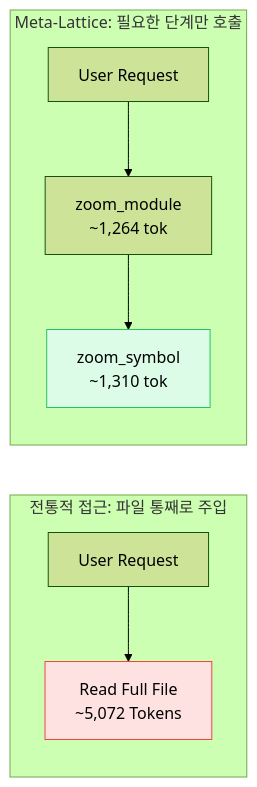
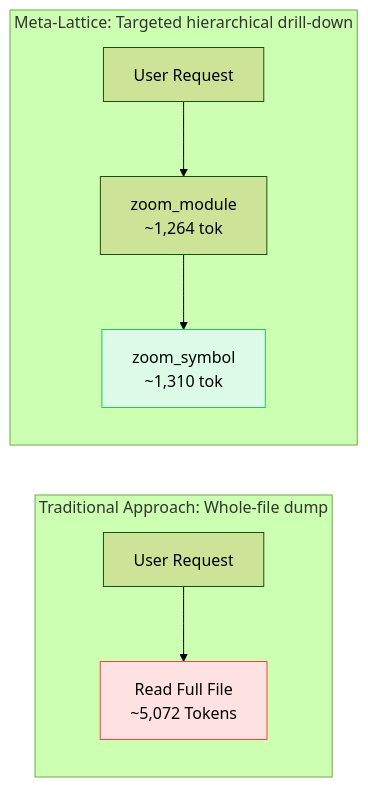
One commit to sleekhan/meta-lattice changed the diagram in docs/utility-and-performance.md. Above: the diagram before and after it, drawn with Mermaid (forest theme). The commit also changed other lines of this file and 12 other files, not shown here.

````diff
--- a/docs/utility-and-performance.md
+++ b/docs/utility-and-performance.md
@@ -39,14 +45,14 @@
 ```mermaid
 graph LR
-    subgraph "전통적 접근: 파일 통째로 주입"
+    subgraph "Traditional Approach: Whole-file dump"
         A[User Request] --> B[Read Full File<br/>~5,072 Tokens]
     end
 
-    subgraph "Meta-Lattice: 필요한 단계만 호출"
+    subgraph "Meta-Lattice: Targeted hierarchical drill-down"
         D[User Request] --> F[zoom_module<br/>~1,264 tok]
         F --> G[zoom_symbol<br/>~1,310 tok]
     end
 
     style B fill:#fee2e2,stroke:#ef4444
     style G fill:#dcfce7,stroke:#22c55e
 ```
````
